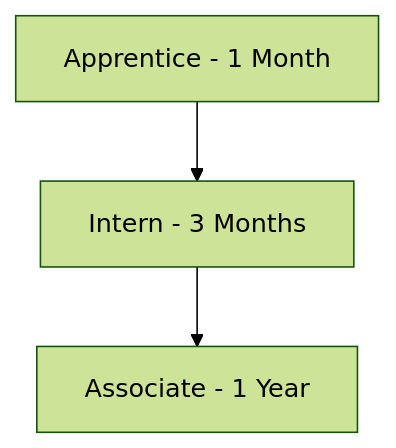
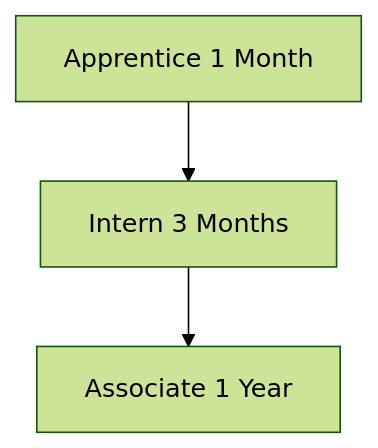
Before and after one commit to RIAHPathway/Website-Draft: diagram 17 of 18 in RIAH-PATHWAY-EXPERIENTIAL-STRUCTURE/EXPERIENTIAL-STRUCTURE.md, drawn with Mermaid (forest theme). The commit also changed other lines of this file, not shown here.

Commit message:
Simplify experiential Mermaid diagrams for GitHub rendering

````diff
--- a/RIAH-PATHWAY-EXPERIENTIAL-STRUCTURE/EXPERIENTIAL-STRUCTURE.md
+++ b/RIAH-PATHWAY-EXPERIENTIAL-STRUCTURE/EXPERIENTIAL-STRUCTURE.md
@@ -1104,5 +1105,5 @@
 ```mermaid
-flowchart TD
-    A["Apprentice - 1 Month"] --> B["Intern - 3 Months"]
-    B --> C["Associate - 1 Year"]
+graph TD
+    A[Apprentice 1 Month] --> B[Intern 3 Months]
+    B --> C[Associate 1 Year]
 ```
````
